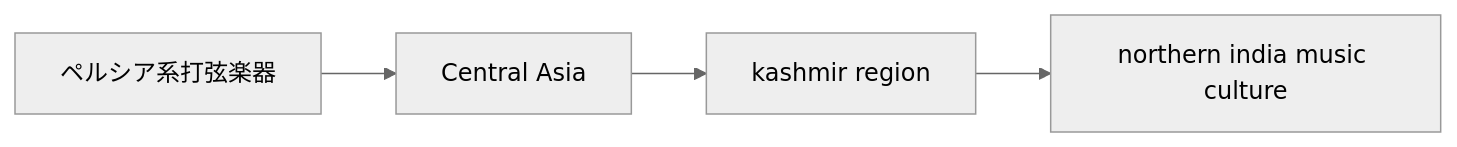
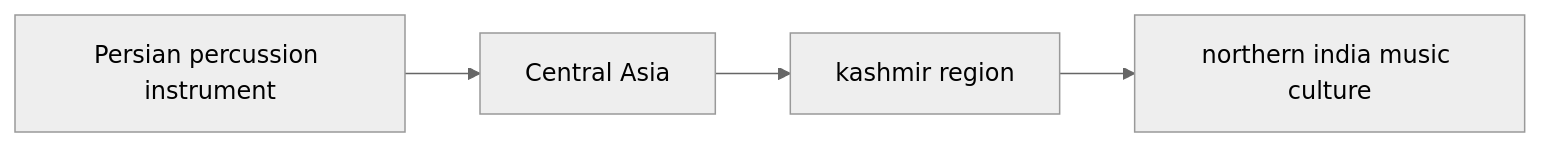
Before and after one commit to monumental-movement/monumental-movement.github.io: the first of 2 diagrams in en/_posts/2026-02-06-column-indian-classical-santoor.md, drawn with Mermaid (neutral theme). The commit also changed other lines of this file and 423 other files, not shown here.

```diff
--- a/en/_posts/2026-02-06-column-indian-classical-santoor.md
+++ b/en/_posts/2026-02-06-column-indian-classical-santoor.md
@@ -51,6 +51,6 @@
 <div class="mermaid">
 flowchart LR
-A[ペルシア系打弦楽器] --> B[Central Asia]
+A[Persian percussion instrument] --> B[Central Asia]
 B --> C[kashmir region]
 C --> D[northern india music culture]
 </div>
```
